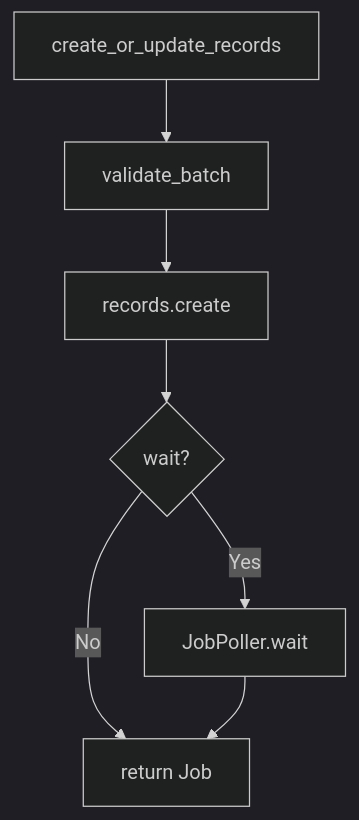
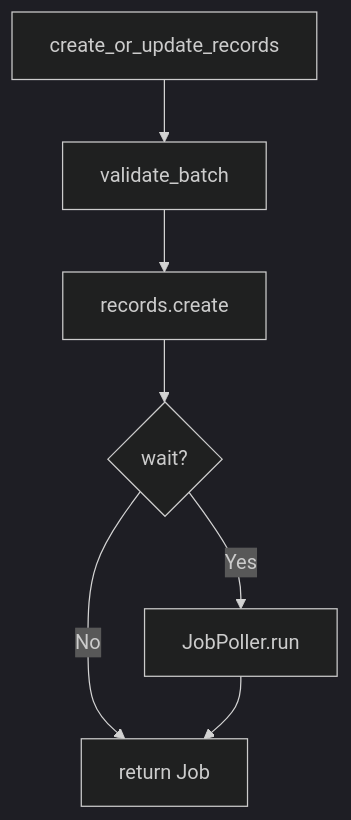
One commit to fderuiter/imednet-python-sdk changed the second of 3 diagrams in docs/workflow_interactions.rst. Above: the diagram before and after it, drawn with Mermaid (dark theme). The commit also changed 69 other files, not shown here.

```diff
--- a/docs/workflow_interactions.rst
+++ b/docs/workflow_interactions.rst
@@ -26,9 +26,9 @@
 .. mermaid::
 
    graph TD
        A[create_or_update_records] --> B[validate_batch]
        B --> C[records.create]
        C --> D{wait?}
-       D -- Yes --> E[JobPoller.wait]
+       D -- Yes --> E[JobPoller.run]
        D -- No --> F[return Job]
        E --> F
```
